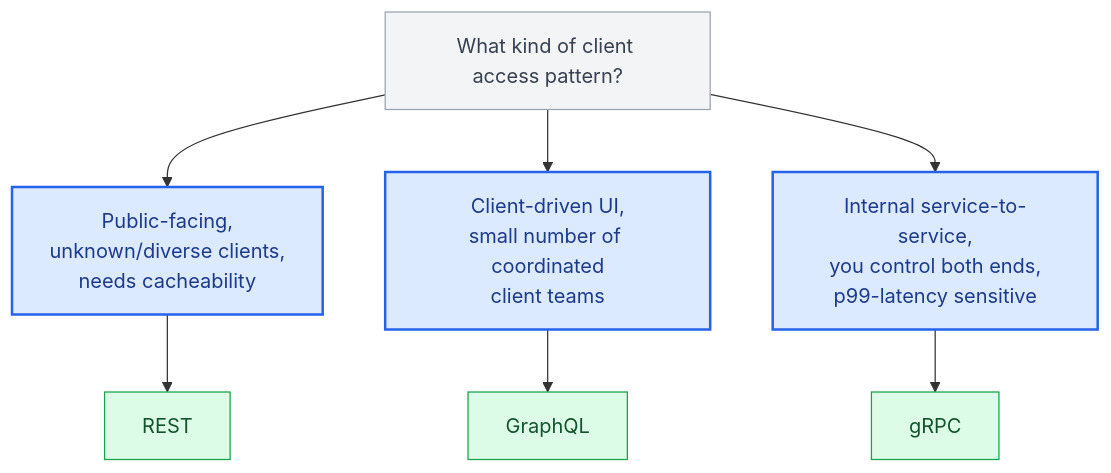
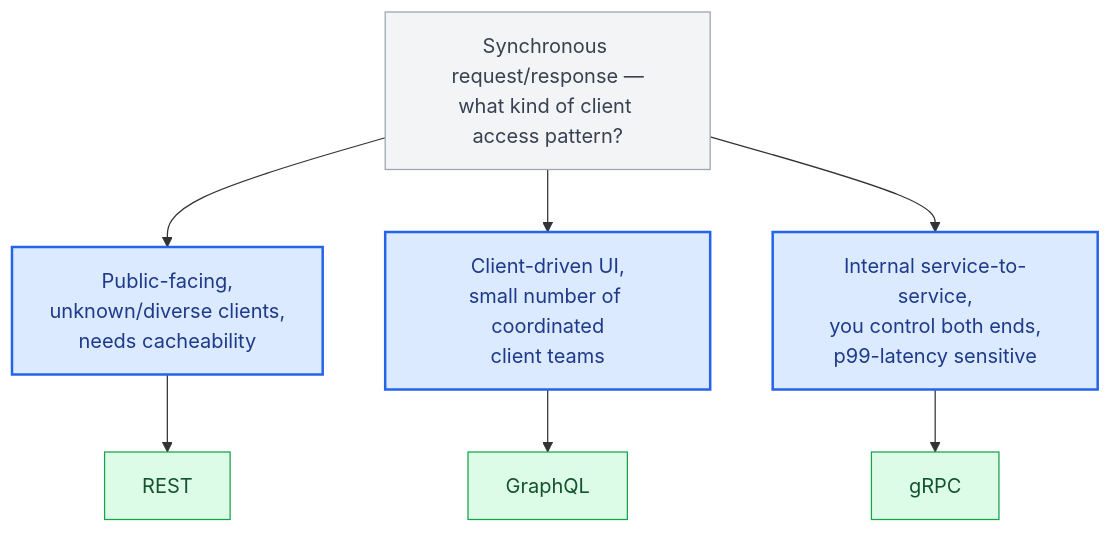
The first of 2 diagrams in part1-foundations/01-introduction.md (Nishamol/api-architecture-book), drawn with Mermaid before and after one commit. The commit also changed other lines of this file and 17 other files, not shown here.

````diff
--- a/part1-foundations/01-introduction.md
+++ b/part1-foundations/01-introduction.md
@@ -97,19 +107,19 @@
 ```mermaid
 flowchart TB
-    Q["What kind of client access pattern?"]
+    Q["Synchronous request/response —<br/>what kind of client access pattern?"]
     Q --> A["Public-facing,<br/>unknown/diverse clients,<br/>needs cacheability"]
     Q --> B["Client-driven UI,<br/>small number of coordinated<br/>client teams"]
     Q --> C["Internal service-to-service,<br/>you control both ends,<br/>p99-latency sensitive"]
 
     A --> REST["REST"]
     B --> GraphQL["GraphQL"]
     C --> gRPC["gRPC"]
 
     classDef neutral fill:#f3f4f6,stroke:#9ca3af,color:#374151
     classDef client fill:#dbeafe,stroke:#2563eb,color:#1e3a8a,stroke-width:2px
     classDef success fill:#dcfce7,stroke:#16a34a,color:#14532d
 
     class Q neutral
     class A,B,C client
     class REST,GraphQL,gRPC success
 ```
````
